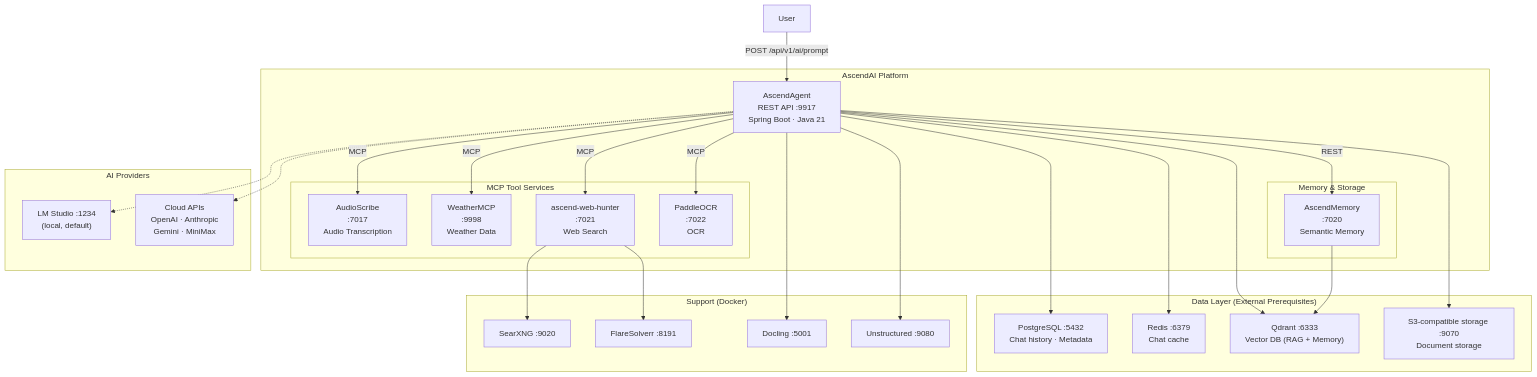
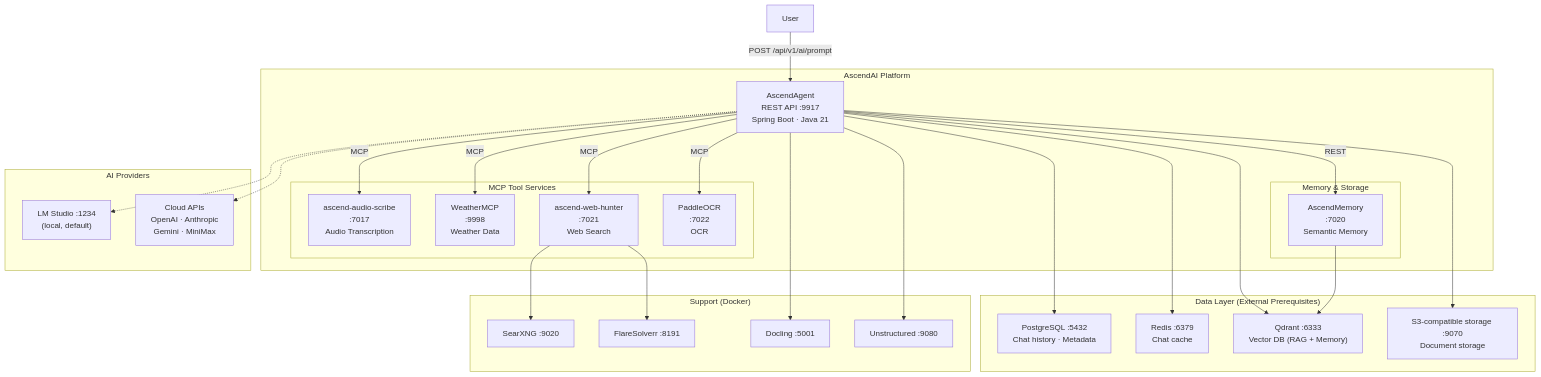
The diagram in docs/architecture/diagrams/system-overview.md (Lukk17/AscendAI), drawn with Mermaid before and after one commit. The commit also changed 218 other files, not shown here.

````diff
--- a/docs/architecture/diagrams/system-overview.md
+++ b/docs/architecture/diagrams/system-overview.md
@@ -3,60 +3,60 @@
 ```mermaid
 graph TB
     User["User"]
 
     subgraph "AscendAI Platform"
         Agent["AscendAgent<br/>REST API :9917<br/>Spring Boot · Java 21"]
 
         subgraph "MCP Tool Services"
-            AudioScribe["AudioScribe<br/>:7017<br/>Audio Transcription"]
+            AudioScribe["ascend-audio-scribe<br/>:7017<br/>Audio Transcription"]
             Weather["WeatherMCP<br/>:9998<br/>Weather Data"]
             WebHunter["ascend-web-hunter<br/>:7021<br/>Web Search"]
             PaddleOCR["PaddleOCR<br/>:7022<br/>OCR"]
         end
 
         subgraph "Memory & Storage"
             Memory["AscendMemory<br/>:7020<br/>Semantic Memory"]
         end
     end
 
     subgraph "AI Providers"
         Local["LM Studio :1234<br/>(local, default)"]
         Cloud["Cloud APIs<br/>OpenAI · Anthropic<br/>Gemini · MiniMax"]
     end
 
     subgraph "Data Layer (External Prerequisites)"
         PG["PostgreSQL :5432<br/>Chat history · Metadata"]
         RD["Redis :6379<br/>Chat cache"]
         QD["Qdrant :6333<br/>Vector DB (RAG + Memory)"]
         S3["S3-compatible storage :9070<br/>Document storage"]
     end
 
     subgraph "Support (Docker)"
         SX["SearXNG :9020"]
         FS["FlareSolverr :8191"]
         DL["Docling :5001"]
         UN["Unstructured :9080"]
     end
 
     User -->|"POST /api/v1/ai/prompt"| Agent
 
     Agent -->|"MCP"| AudioScribe
     Agent -->|"MCP"| Weather
     Agent -->|"MCP"| WebHunter
     Agent -->|"MCP"| PaddleOCR
     Agent -->|"REST"| Memory
 
     Agent -.-> Local
     Agent -.-> Cloud
 
     Agent --> PG
     Agent --> RD
     Agent --> QD
     Agent --> S3
     Agent --> DL
     Agent --> UN
 
     WebHunter --> SX
     WebHunter --> FS
     Memory --> QD
 ```
````
